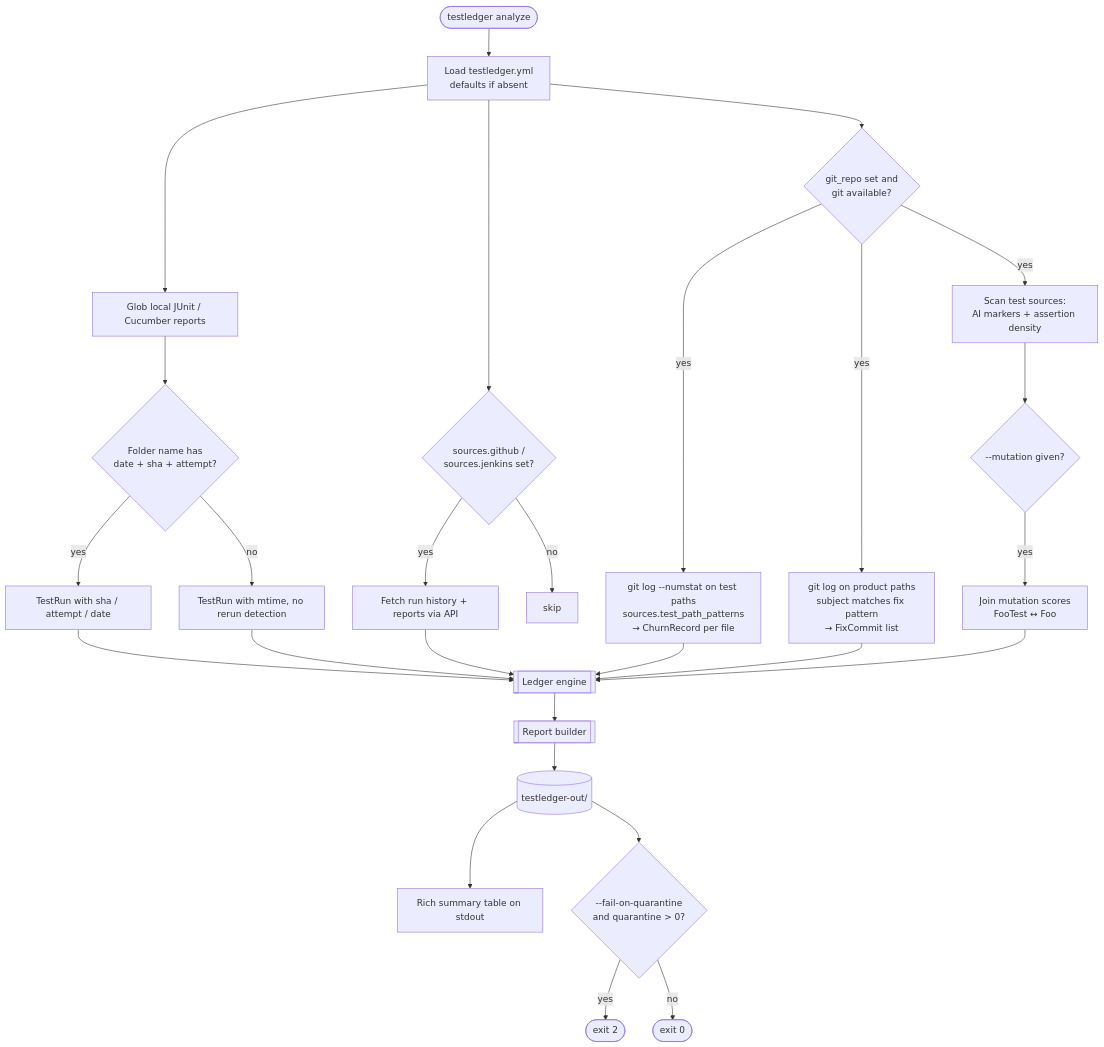
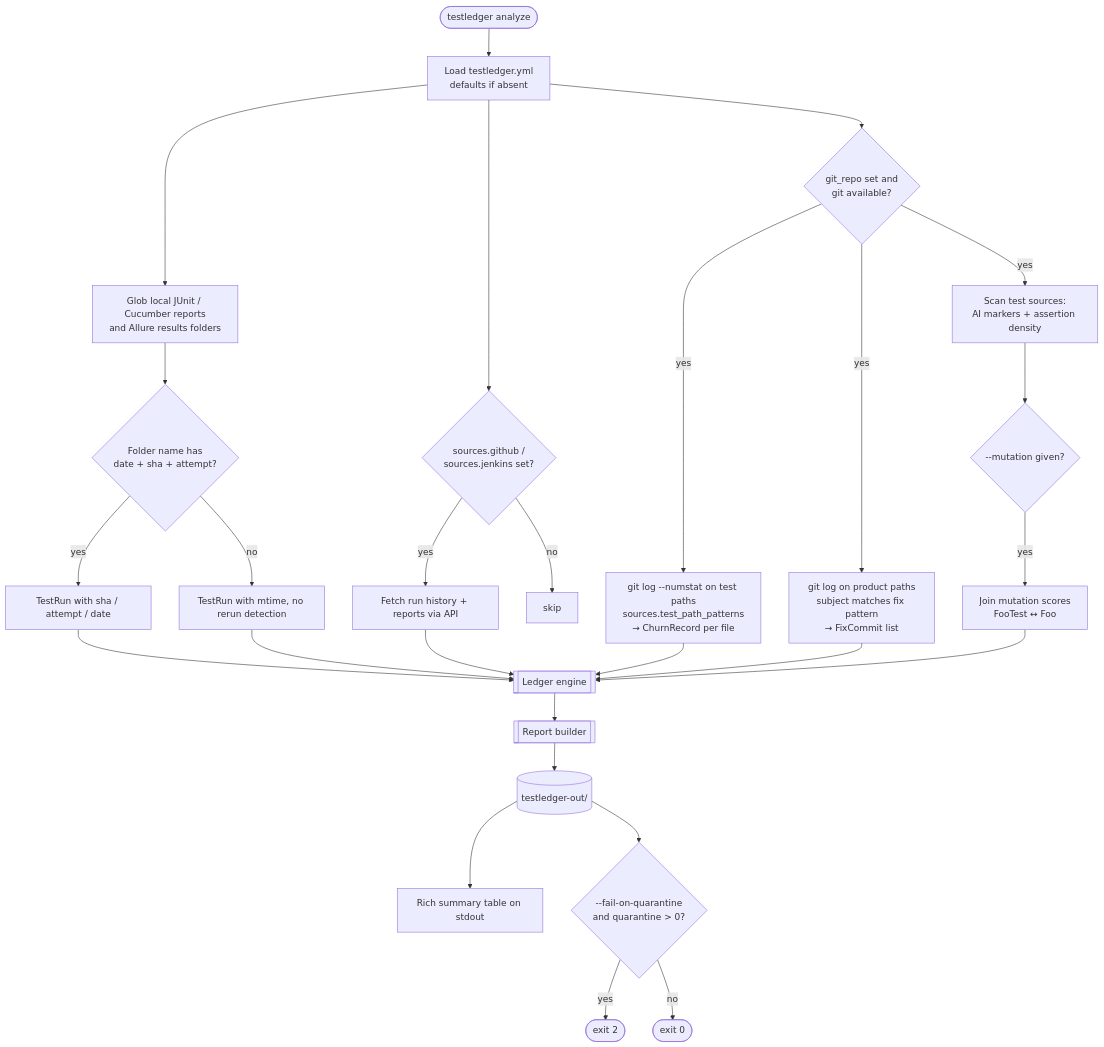
Before and after one commit to Contributerr27/testledger: the third of 9 diagrams in docs/design.md, drawn with Mermaid. The commit also changed other lines of this file and 15 other files, not shown here.

First line of the commit message:
Add an Allure results parser (#24)

````diff
--- a/docs/design.md
+++ b/docs/design.md
@@ -163,25 +165,25 @@
 ```mermaid
 flowchart TD
   S([testledger analyze]) --> CFG[Load testledger.yml<br/>defaults if absent]
-  CFG --> LOC[Glob local JUnit / Cucumber reports]
+  CFG --> LOC[Glob local JUnit / Cucumber reports<br/>and Allure results folders]
   LOC --> META{Folder name has<br/>date + sha + attempt?}
   META -- yes --> RUN1[TestRun with sha / attempt / date]
   META -- no --> RUN2[TestRun with mtime, no rerun detection]
   CFG --> CI{sources.github /<br/>sources.jenkins set?}
   CI -- yes --> API[Fetch run history + reports via API]
   CI -- no --> SKIP1[skip]
   CFG --> GITQ{git_repo set and<br/>git available?}
   GITQ -- yes --> CHURN[git log --numstat on test paths<br/>sources.test_path_patterns<br/>→ ChurnRecord per file]
   GITQ -- yes --> FIX[git log on product paths<br/>subject matches fix pattern<br/>→ FixCommit list]
   GITQ -- yes --> SCAN[Scan test sources:<br/>AI markers + assertion density]
   SCAN --> MUTJ{--mutation given?}
   MUTJ -- yes --> JOIN[Join mutation scores<br/>FooTest ↔ Foo]
   RUN1 & RUN2 & API --> ENG[[Ledger engine]]
   CHURN & FIX & JOIN --> ENG
   ENG --> REP[[Report builder]]
   REP --> OUT[(testledger-out/)]
   OUT --> SUMM[Rich summary table on stdout]
   OUT --> EXIT{--fail-on-quarantine<br/>and quarantine > 0?}
   EXIT -- yes --> E2([exit 2])
   EXIT -- no --> E0([exit 0])
 ```
````
